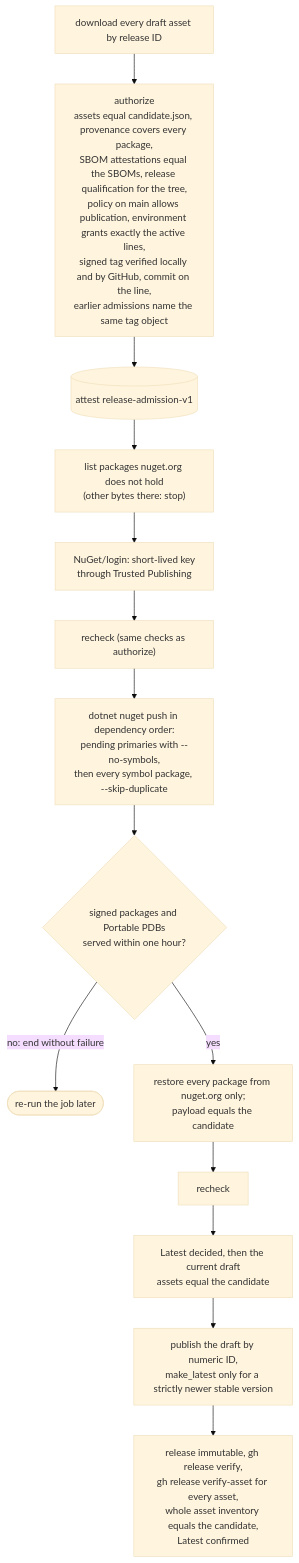
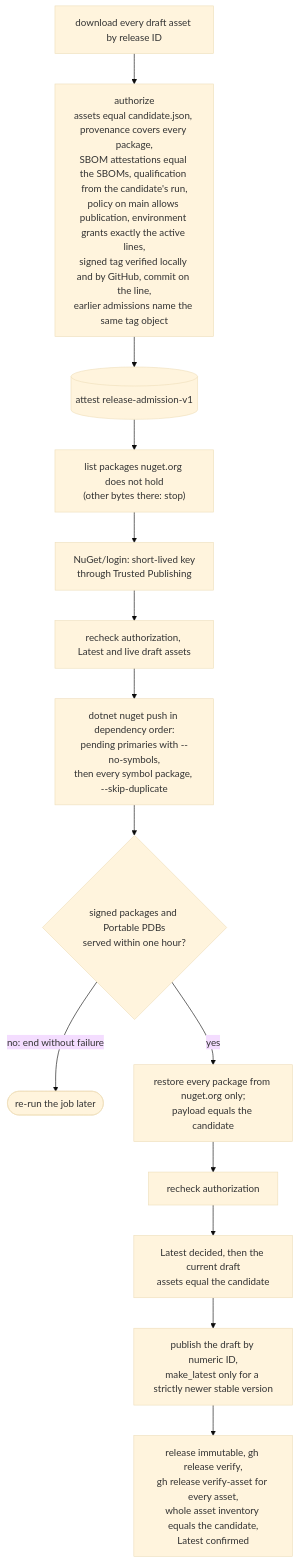
Diagram 13 of 19 in docs/overview.md (doka-labs/workflows), drawn with Mermaid (base theme) before and after one commit. The commit also changed other lines of this file and 17 other files, not shown here.

First line of the commit message:
fix(workflows): PDB identity, run-bound qualification and paced API

````diff
--- a/docs/overview.md
+++ b/docs/overview.md
@@ -319,16 +319,16 @@
 ```mermaid
 flowchart TB
-  dl["download every draft asset by release ID"] --> auth["authorize<br/>assets equal candidate.json, provenance covers every package,<br/>SBOM attestations equal the SBOMs, release qualification for the tree,<br/>policy on main allows publication, environment grants exactly the active lines,<br/>signed tag verified locally and by GitHub, commit on the line,<br/>earlier admissions name the same tag object"]
+  dl["download every draft asset by release ID"] --> auth["authorize<br/>assets equal candidate.json, provenance covers every package,<br/>SBOM attestations equal the SBOMs, qualification from the candidate's run,<br/>policy on main allows publication, environment grants exactly the active lines,<br/>signed tag verified locally and by GitHub, commit on the line,<br/>earlier admissions name the same tag object"]
   auth --> adm[("attest release-admission-v1")]
   adm --> pending["list packages nuget.org does not hold<br/>(other bytes there: stop)"]
   pending --> login["NuGet/login: short-lived key<br/>through Trusted Publishing"]
-  login --> recheck["recheck (same checks as authorize)"]
+  login --> recheck["recheck authorization, Latest and live draft assets"]
   recheck --> push["dotnet nuget push in dependency order:<br/>pending primaries with --no-symbols,<br/>then every symbol package, --skip-duplicate"]
   push --> readback{"signed packages and Portable PDBs<br/>served within one hour?"}
   readback -- "no: end without failure" --> rerun(["re-run the job later"])
   readback -- yes --> consumer["restore every package from nuget.org only;<br/>payload equals the candidate"]
-  consumer --> recheck2["recheck"]
+  consumer --> recheck2["recheck authorization"]
   recheck2 --> cur["Latest decided, then the current draft<br/>assets equal the candidate"]
   cur --> rel["publish the draft by numeric ID,<br/>make_latest only for a strictly newer stable version"]
   rel --> verify["release immutable, gh release verify,<br/>gh release verify-asset for every asset,<br/>whole asset inventory equals the candidate,<br/>Latest confirmed"]
 ```
````
